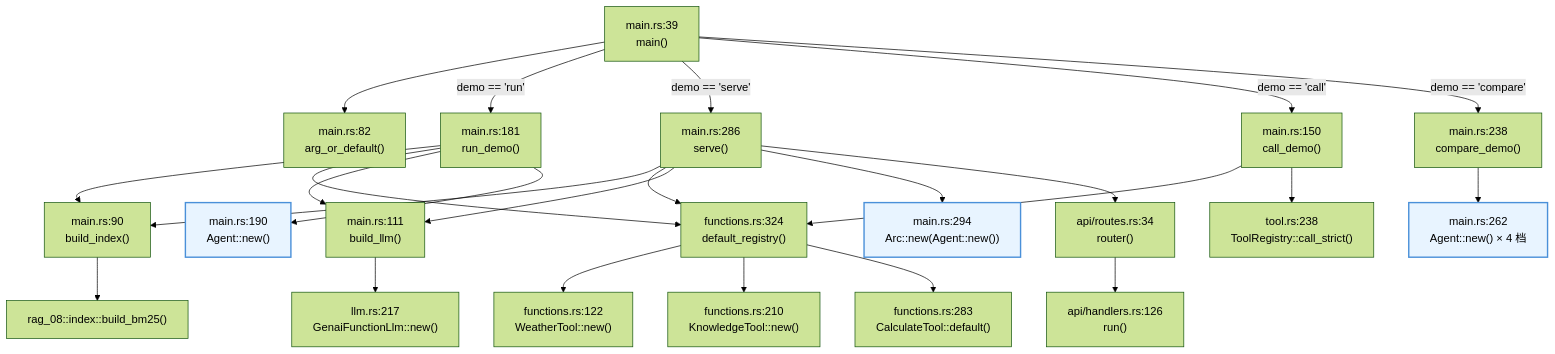
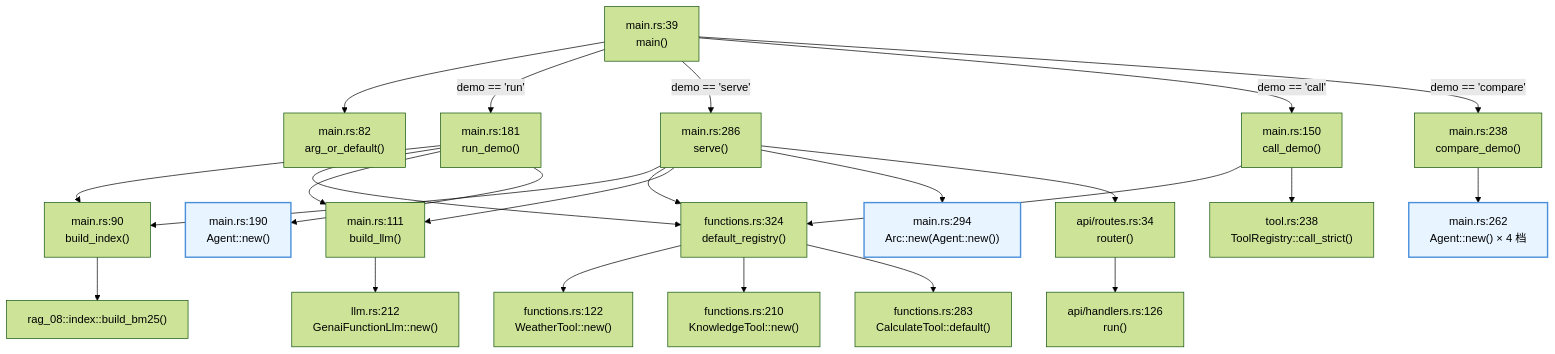
Before and after one commit to heheshang/agent-learn: the third of 11 diagrams in 16-agent-function-calling/README.md, drawn with Mermaid (forest theme). The commit also changed other lines of this file and 33 other files, not shown here.

````diff
--- a/16-agent-function-calling/README.md
+++ b/16-agent-function-calling/README.md
@@ -193,35 +197,35 @@
 ```mermaid
 flowchart TD
     MAIN["main.rs:39<br/>main()"] --> ARG["main.rs:82<br/>arg_or_default()"]
     MAIN -->|"demo == 'run'"| RUN["main.rs:181<br/>run_demo()"]
     MAIN -->|"demo == 'serve'"| SERVE["main.rs:286<br/>serve()"]
     MAIN -->|"demo == 'call'"| CALL["main.rs:150<br/>call_demo()"]
     MAIN -->|"demo == 'compare'"| CMP["main.rs:238<br/>compare_demo()"]
 
     RUN --> IDX["main.rs:90<br/>build_index()"]
     RUN --> REG["functions.rs:324<br/>default_registry()"]
     RUN --> LLM["main.rs:111<br/>build_llm()"]
     RUN --> NEW["main.rs:190<br/>Agent::new()"]
 
     SERVE --> IDX
     SERVE --> REG
     SERVE --> LLM
     SERVE --> NEW2["main.rs:294<br/>Arc::new(Agent::new())"]
     SERVE --> ROUTER["api/routes.rs:34<br/>router()"]
     ROUTER --> HANDLER["api/handlers.rs:126<br/>run()"]
 
     CALL --> REG
     CALL --> STRICT["tool.rs:238<br/>ToolRegistry::call_strict()"]
 
     CMP --> NEW3["main.rs:262<br/>Agent::new() × 4 档"]
 
     IDX --> BM25["rag_08::index::build_bm25()"]
     REG --> W["functions.rs:122<br/>WeatherTool::new()"]
     REG --> K["functions.rs:210<br/>KnowledgeTool::new()"]
     REG --> C["functions.rs:283<br/>CalculateTool::default()"]
-    LLM --> GENAI["llm.rs:217<br/>GenaiFunctionLlm::new()"]
+    LLM --> GENAI["llm.rs:212<br/>GenaiFunctionLlm::new()"]
 
     style NEW fill:#e8f4ff,stroke:#4a90d9,stroke-width:2px
     style NEW2 fill:#e8f4ff,stroke:#4a90d9,stroke-width:2px
     style NEW3 fill:#e8f4ff,stroke:#4a90d9,stroke-width:2px
 ```
````
